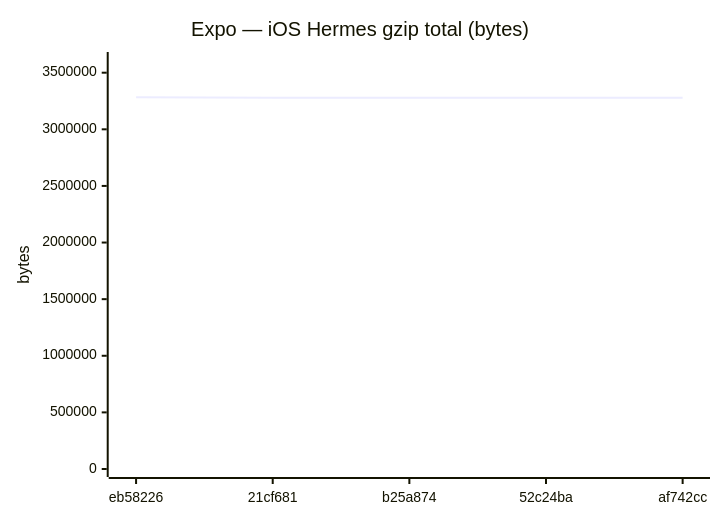
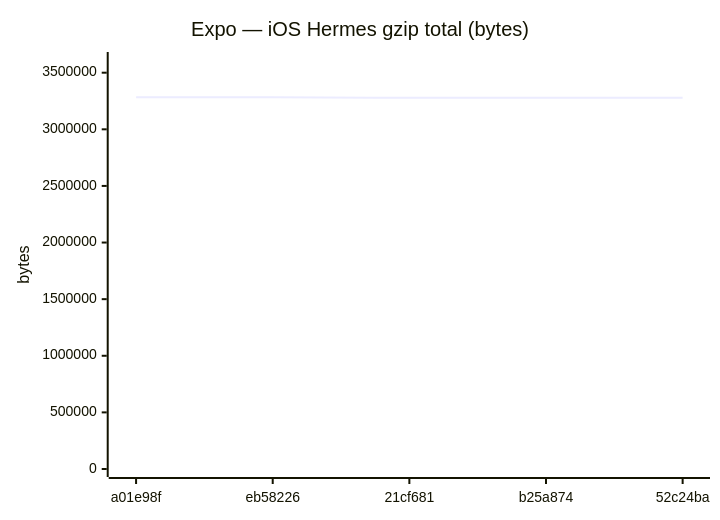
Diagram 12 of 18 in benchmarks/compare.md (Metaheurist/Rianell), drawn with Mermaid before and after one commit. The commit also changed other lines of this file and 11 other files, not shown here.

````diff
--- a/benchmarks/compare.md
+++ b/benchmarks/compare.md
@@ -179,7 +179,7 @@
 ```mermaid
 xychart-beta
     title "Expo — iOS Hermes gzip total (bytes)"
-    x-axis ["eb58226", "21cf681", "b25a874", "52c24ba", "af742cc"]
-    y-axis "bytes" 0 --> 3612146
-    line [3283769, 3278198, 3278199, 3278191, 3278197]
+    x-axis ["a01e98f", "eb58226", "21cf681", "b25a874", "52c24ba"]
+    y-axis "bytes" 0 --> 3612148
+    line [3283770, 3283769, 3278198, 3278199, 3278191]
 ```
````
